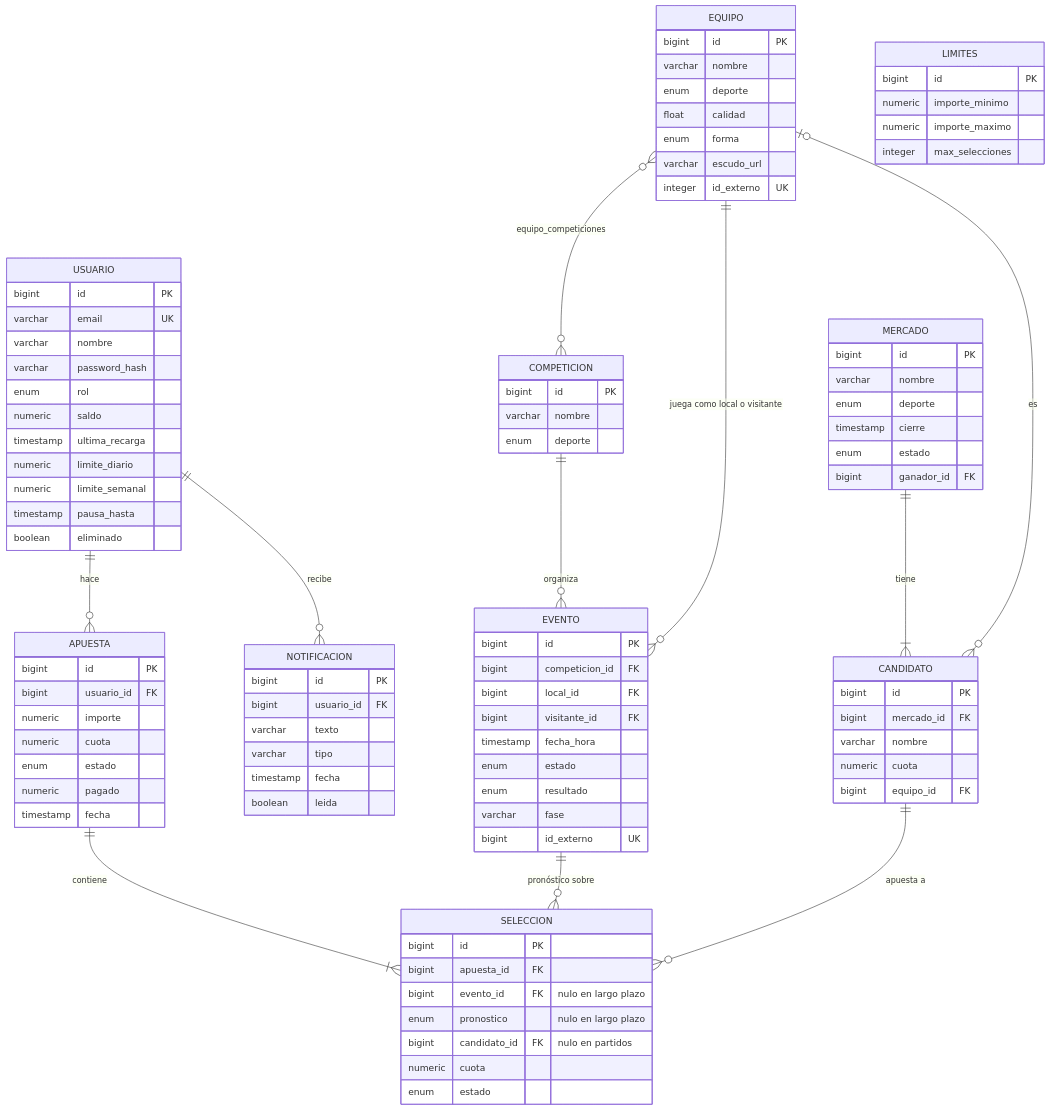
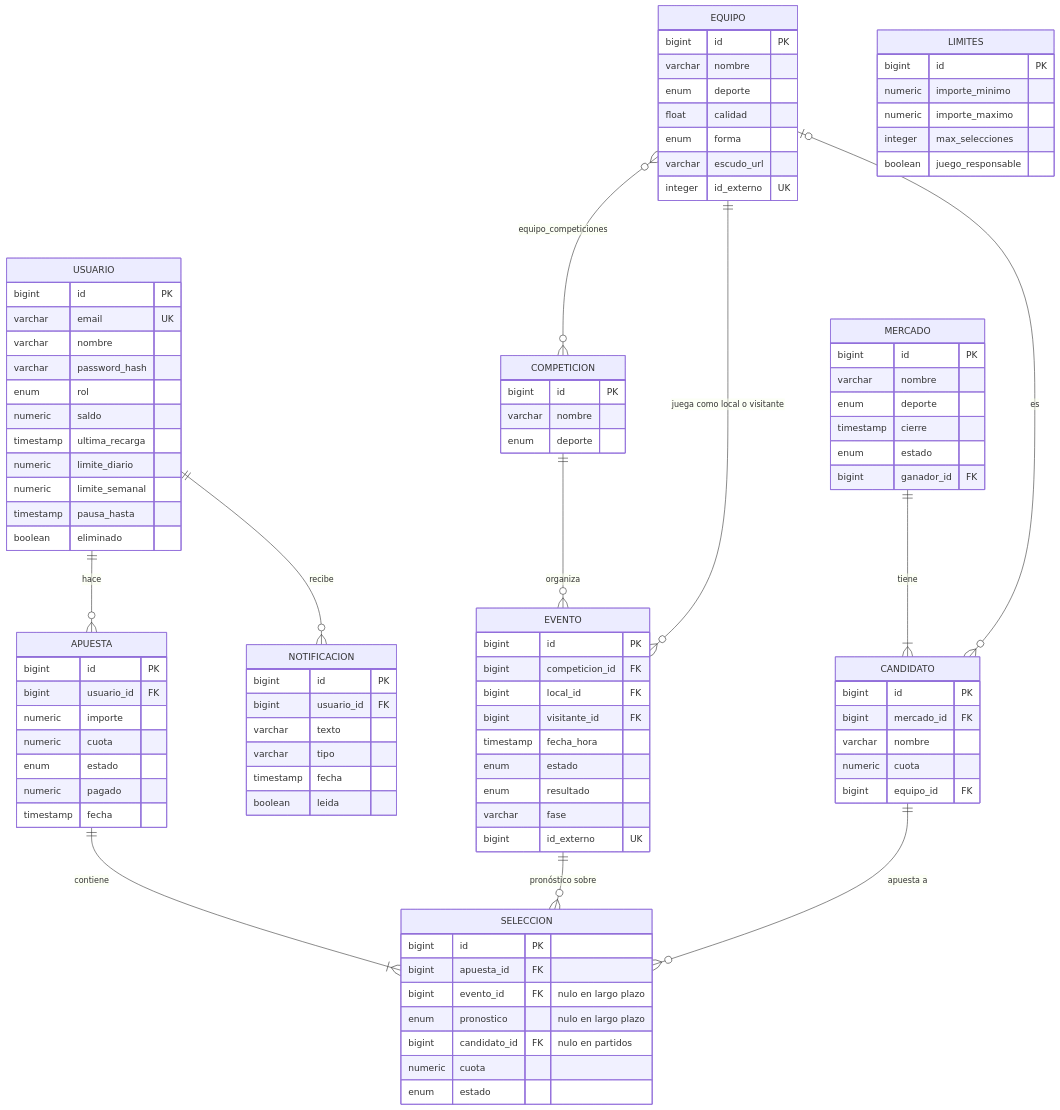
One commit to riverri/IS1 changed the ninth of 9 diagrams in docs/diseno/uml.md. Above: the diagram before and after it, drawn with Mermaid. The commit also changed other lines of this file and 15 other files, not shown here.

First line of the commit message:
feat: interruptor en Gestión para activar o desactivar el juego responsable

````diff
--- a/docs/diseno/uml.md
+++ b/docs/diseno/uml.md
@@ -492,5 +493,6 @@
         numeric importe_minimo
         numeric importe_maximo
         integer max_selecciones
+        boolean juego_responsable
     }
 ```
````
